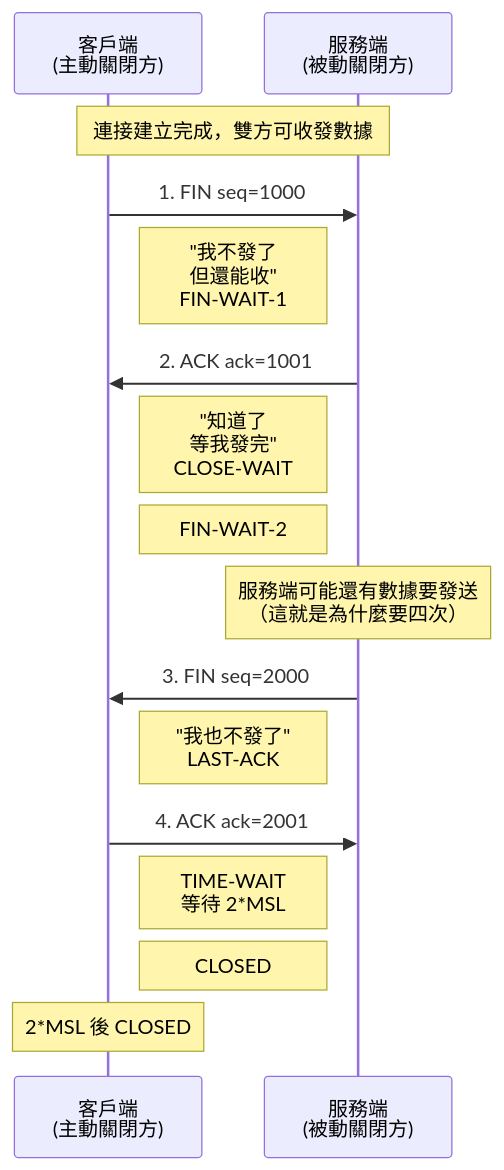
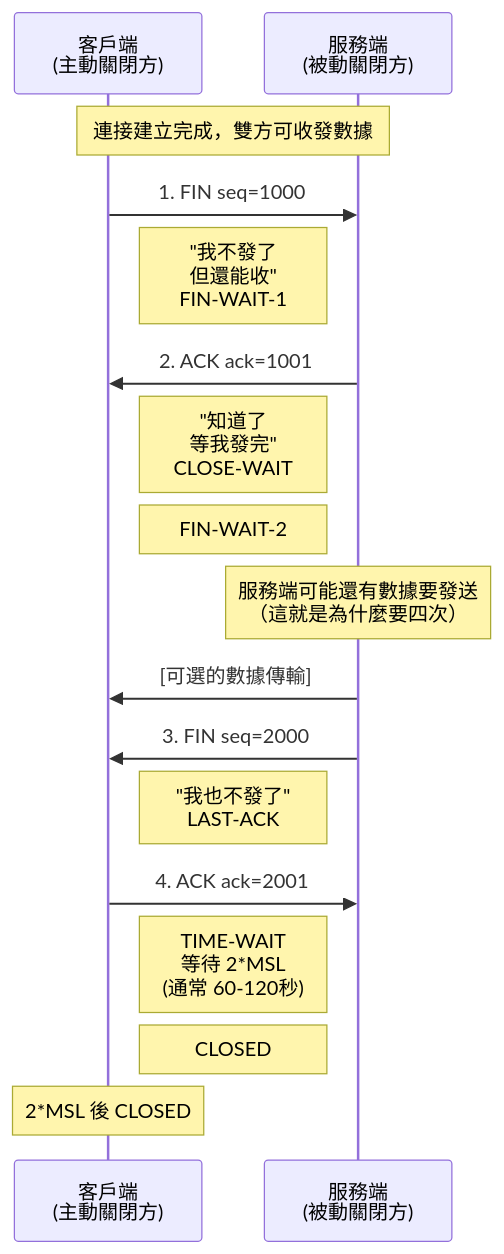
One commit to LiamStanDev/programming-notes changed the sixth of 11 diagrams in 1. Programing/08-interview/1-計算機網路問題.md. Above: the diagram before and after it, drawn with Mermaid. The commit also changed other lines of this file and 4 other files, not shown here.

````diff
--- a/1. Programing/08-interview/1-計算機網路問題.md
+++ b/1. Programing/08-interview/1-計算機網路問題.md
@@ -408,25 +567,26 @@
 ```mermaid
 sequenceDiagram
     participant C as 客戶端<br/>(主動關閉方)
     participant S as 服務端<br/>(被動關閉方)
     
     Note over C,S: 連接建立完成，雙方可收發數據
     
     C->>S: 1. FIN seq=1000
     Note right of C: "我不發了<br/>但還能收"<br/>FIN-WAIT-1
     
     S->>C: 2. ACK ack=1001
     Note left of S: "知道了<br/>等我發完"<br/>CLOSE-WAIT
     Note right of C: FIN-WAIT-2
     
     Note over S: 服務端可能還有數據要發送<br/>（這就是為什麼要四次）
+    S->>C: [可選的數據傳輸]
     
     S->>C: 3. FIN seq=2000
     Note left of S: "我也不發了"<br/>LAST-ACK
     
     C->>S: 4. ACK ack=2001
-    Note right of C: TIME-WAIT<br/>等待 2*MSL
+    Note right of C: TIME-WAIT<br/>等待 2*MSL<br/>(通常 60-120秒)
     Note left of S: CLOSED
     
     Note over C: 2*MSL 後 CLOSED
 ```
````
